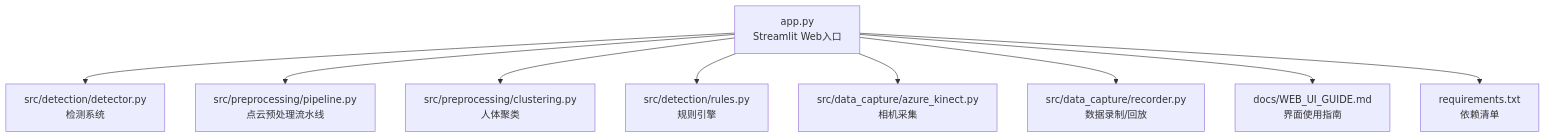
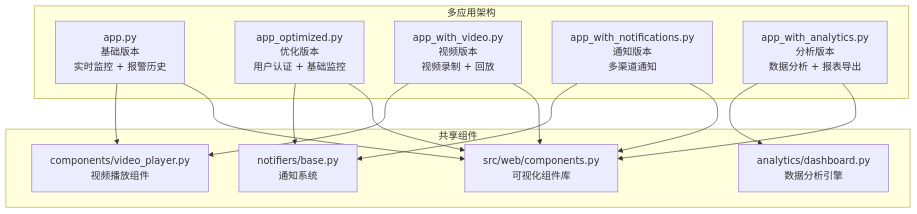
The first of 9 diagrams in .qoder/repowiki/zh/content/Web界面系统.md (nanfeng2021/fall-detection-system), drawn with Mermaid before and after one commit. The commit also changed other lines of this file and 16 other files, not shown here.

````diff
--- a/.qoder/repowiki/zh/content/Web界面系统.md
+++ b/.qoder/repowiki/zh/content/Web界面系统.md
@@ -36,11 +65,26 @@
 ```mermaid
 graph TB
-A["app.py<br/>Streamlit Web入口"] --> B["src/detection/detector.py<br/>检测系统"]
-A --> C["src/preprocessing/pipeline.py<br/>点云预处理流水线"]
-A --> D["src/preprocessing/clustering.py<br/>人体聚类"]
-A --> E["src/detection/rules.py<br/>规则引擎"]
-A --> F["src/data_capture/azure_kinect.py<br/>相机采集"]
-A --> G["src/data_capture/recorder.py<br/>数据录制/回放"]
-A --> H["docs/WEB_UI_GUIDE.md<br/>界面使用指南"]
-A --> I["requirements.txt<br/>依赖清单"]
+subgraph "多应用架构"
+A["app.py<br/>基础版本<br/>实时监控 + 报警历史"]
+B["app_optimized.py<br/>优化版本<br/>用户认证 + 基础监控"]
+C["app_with_video.py<br/>视频版本<br/>视频录制 + 回放"]
+D["app_with_notifications.py<br/>通知版本<br/>多渠道通知"]
+E["app_with_analytics.py<br/>分析版本<br/>数据分析 + 报表导出"]
+end
+subgraph "共享组件"
+F["components/video_player.py<br/>视频播放组件"]
+G["notifiers/base.py<br/>通知系统"]
+H["analytics/dashboard.py<br/>数据分析引擎"]
+I["src/web/components.py<br/>可视化组件库"]
+end
+A --> F
+B --> G
+C --> F
+D --> G
+E --> H
+A --> I
+B --> I
+C --> I
+D --> I
+E --> I
 ```
````
